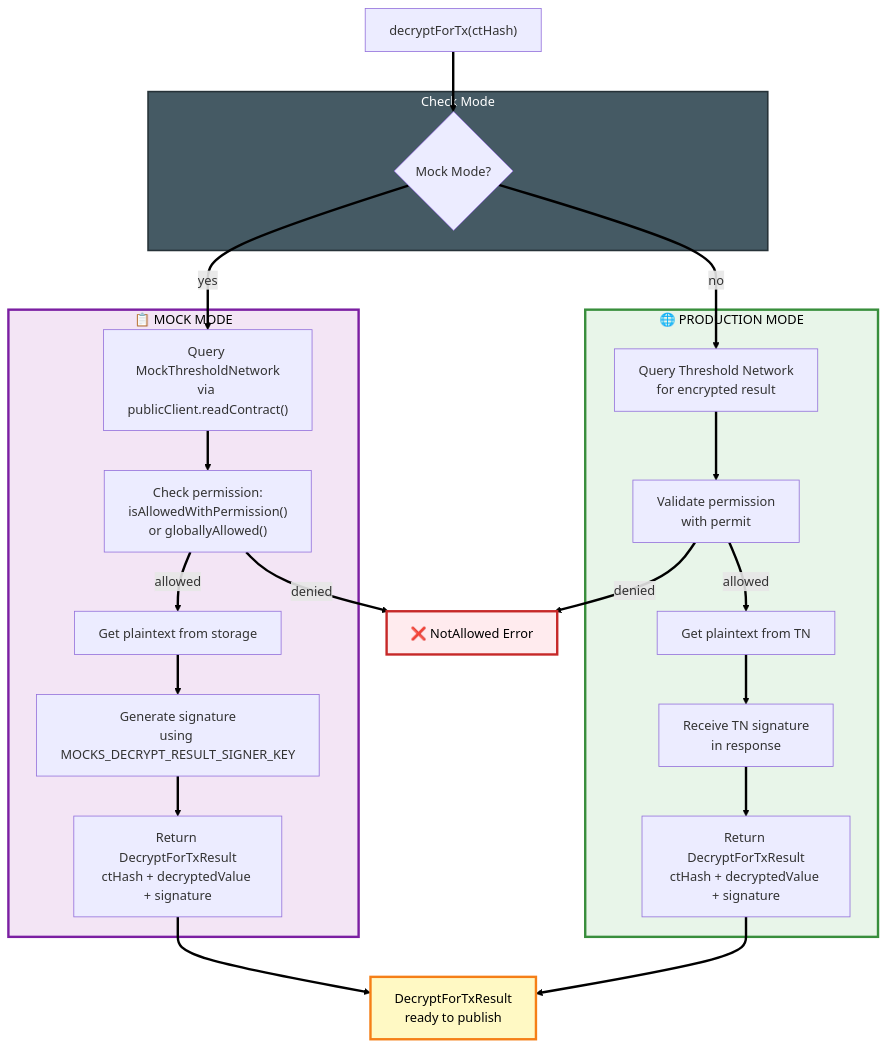
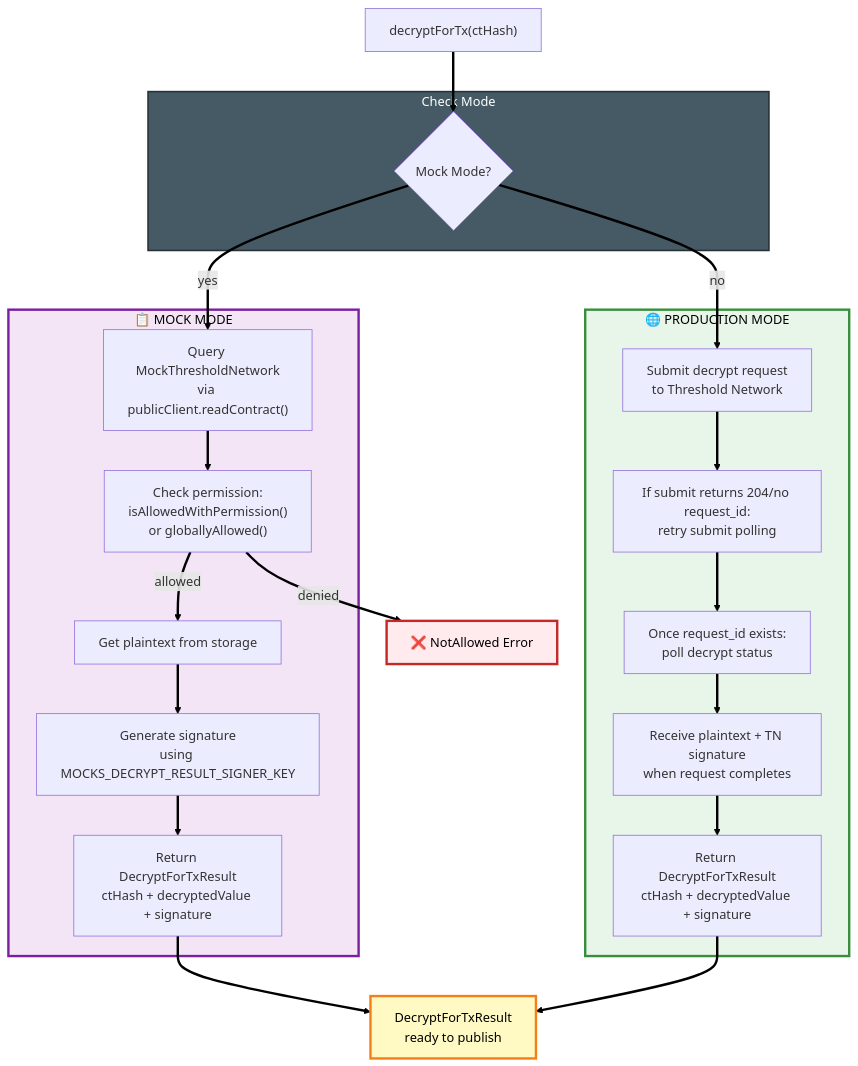
One commit to FhenixProtocol/cofhesdk changed the fourth of 8 diagrams in ARCHITECTURE.md. Above: the diagram before and after it, drawn with Mermaid. The commit also changed other lines of this file and 24 other files, not shown here.

````diff
--- a/ARCHITECTURE.md
+++ b/ARCHITECTURE.md
@@ -218,52 +218,51 @@
 ```mermaid
 graph TD
     Start["decryptForTx(ctHash)"]
 
     subgraph Check["Check Mode"]
         IsMock{Mock Mode?}
     end
 
     subgraph Mock["📋 MOCK MODE"]
         M1["Query MockThresholdNetwork<br/>via publicClient.readContract()"]
         M2["Check permission:<br/>isAllowedWithPermission()<br/>or globallyAllowed()"]
         M3["Get plaintext from storage"]
         M4["Generate signature<br/>using MOCKS_DECRYPT_RESULT_SIGNER_KEY"]
         M5["Return DecryptForTxResult<br/>ctHash + decryptedValue + signature"]
     end
 
     subgraph Prod["🌐 PRODUCTION MODE"]
-        P1["Query Threshold Network<br/>for encrypted result"]
-        P2["Validate permission<br/>with permit"]
-        P3["Get plaintext from TN"]
-        P4["Receive TN signature<br/>in response"]
+        P1["Submit decrypt request<br/>to Threshold Network"]
+        P2["If submit returns 204/no request_id:<br/>retry submit polling"]
+        P3["Once request_id exists:<br/>poll decrypt status"]
+        P4["Receive plaintext + TN signature<br/>when request completes"]
         P5["Return DecryptForTxResult<br/>ctHash + decryptedValue + signature"]
     end
 
     Start --> IsMock
 
     IsMock -->|yes| M1
     IsMock -->|no| P1
 
     M1 --> M2
     M2 -->|allowed| M3
     M2 -->|denied| Error["❌ NotAllowed Error"]
     M3 --> M4
     M4 --> M5
 
     P1 --> P2
-    P2 -->|allowed| P3
-    P2 -->|denied| Error
+    P2 --> P3
+    P4 --> P5
     P3 --> P4
-    P4 --> P5
 
     M5 --> End["DecryptForTxResult<br/>ready to publish"]
     P5 --> End
 
     linkStyle default stroke:#000,stroke-width:3px
 
     style Mock fill:#f3e5f5,stroke:#7b1fa2,stroke-width:3px,color:#000
     style Prod fill:#e8f5e9,stroke:#388e3c,stroke-width:3px,color:#000
     style Error fill:#ffebee,stroke:#c62828,stroke-width:3px,color:#000
     style Check fill:#455a64,stroke:#263238,stroke-width:2px,color:#fff
     style End fill:#fff9c4,stroke:#f57f17,stroke-width:3px,color:#000
 ```
````
